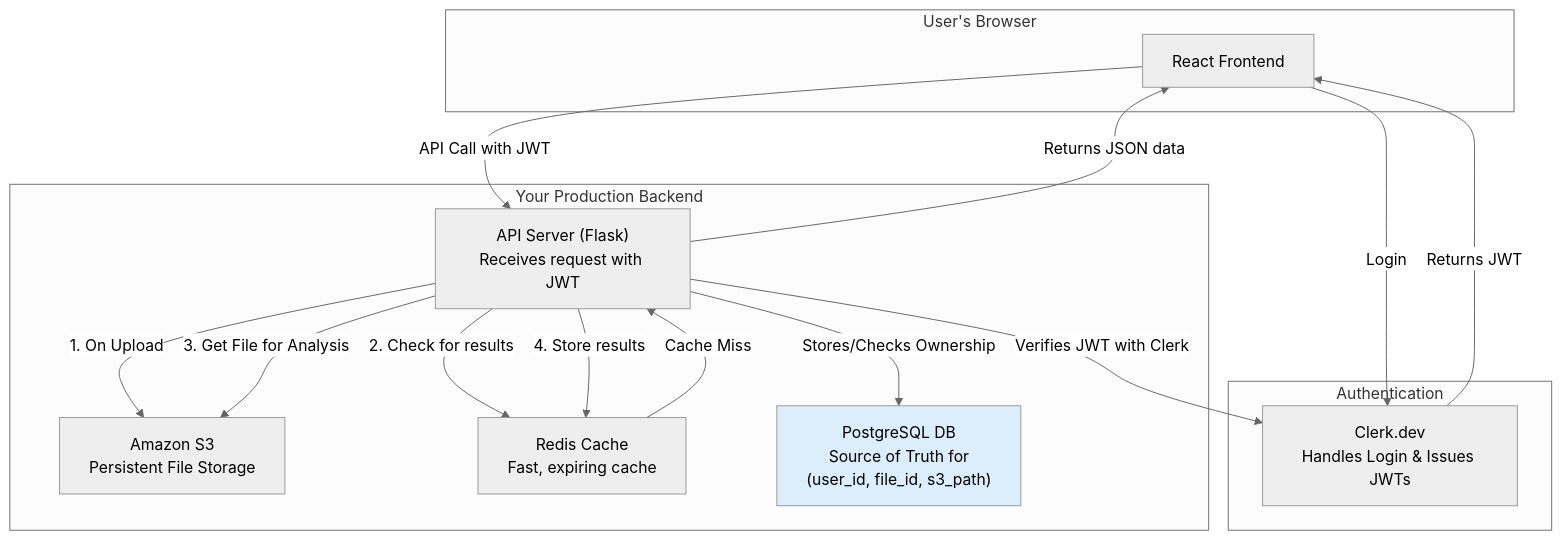
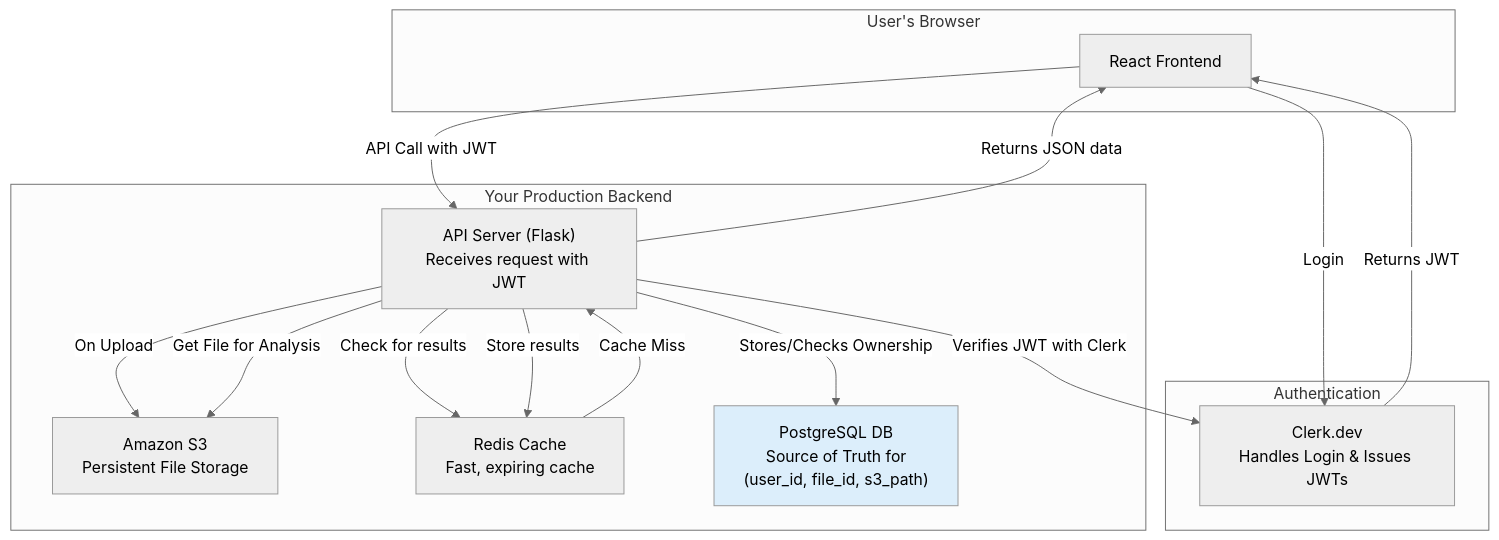
One commit to elliotrosen20/whoop-extended changed the diagram in documentation/secure_workflow.md. Above: the diagram before and after it, drawn with Mermaid (neutral theme).

Commit message:
Removed numbers in mermaid

````diff
--- a/documentation/secure_workflow.md
+++ b/documentation/secure_workflow.md
@@ -75,27 +75,27 @@
 ```mermaid
 graph TD
     subgraph "User's Browser"
         A["React Frontend"]
     end
 
     subgraph "Authentication"
         B["Clerk.dev<br/>Handles Login & Issues JWTs"]
     end
 
     subgraph "Your Production Backend"
         C["API Server (Flask)<br/>Receives request with JWT"] -->|Verifies JWT with Clerk| B
-        C -->|1. On Upload| D["Amazon S3<br/>Persistent File Storage"]
-        C -->|2. Check for results| E["Redis Cache<br/>Fast, expiring cache"]
+        C -->|On Upload| D["Amazon S3<br/>Persistent File Storage"]
+        C -->|Check for results| E["Redis Cache<br/>Fast, expiring cache"]
         E -->|Cache Miss| C
-        C -->|3. Get File for Analysis| D
-        C -->|4. Store results| E
+        C -->|Get File for Analysis| D
+        C -->|Store results| E
         C -->|Stores/Checks Ownership| F["PostgreSQL DB<br/>Source of Truth for<br/>(user_id, file_id, s3_path)"]
     end
     
     A -->|Login| B
     B -->|Returns JWT| A
     A -->|API Call with JWT| C
     C -->|Returns JSON data| A
 
     style F fill:#dceefb
 ``` 
````
